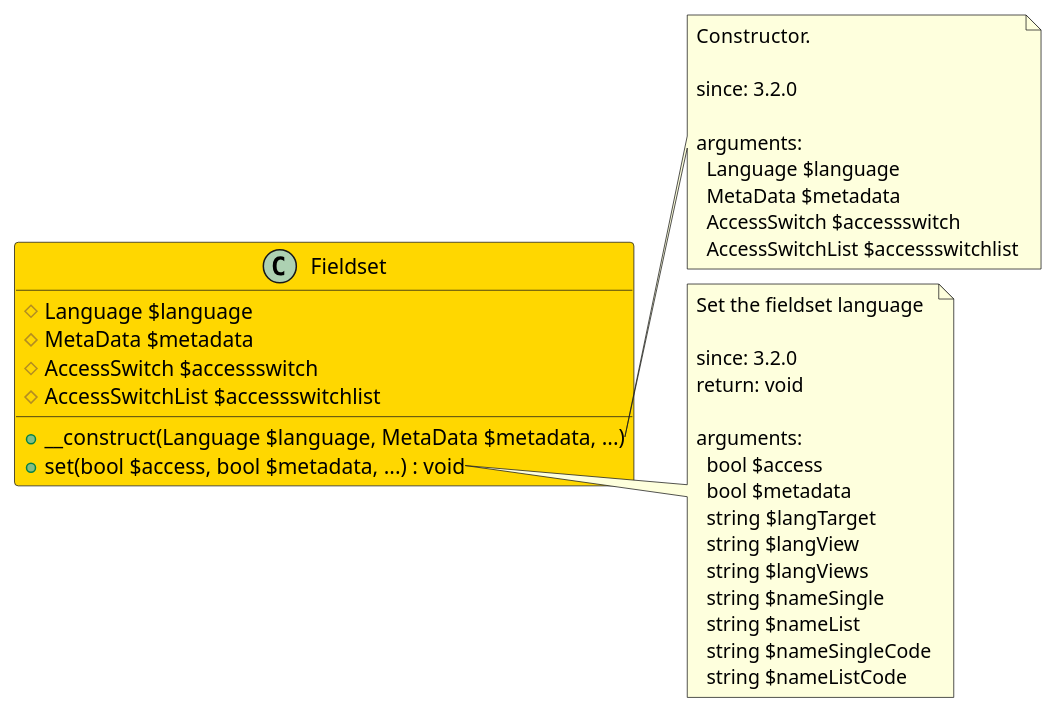
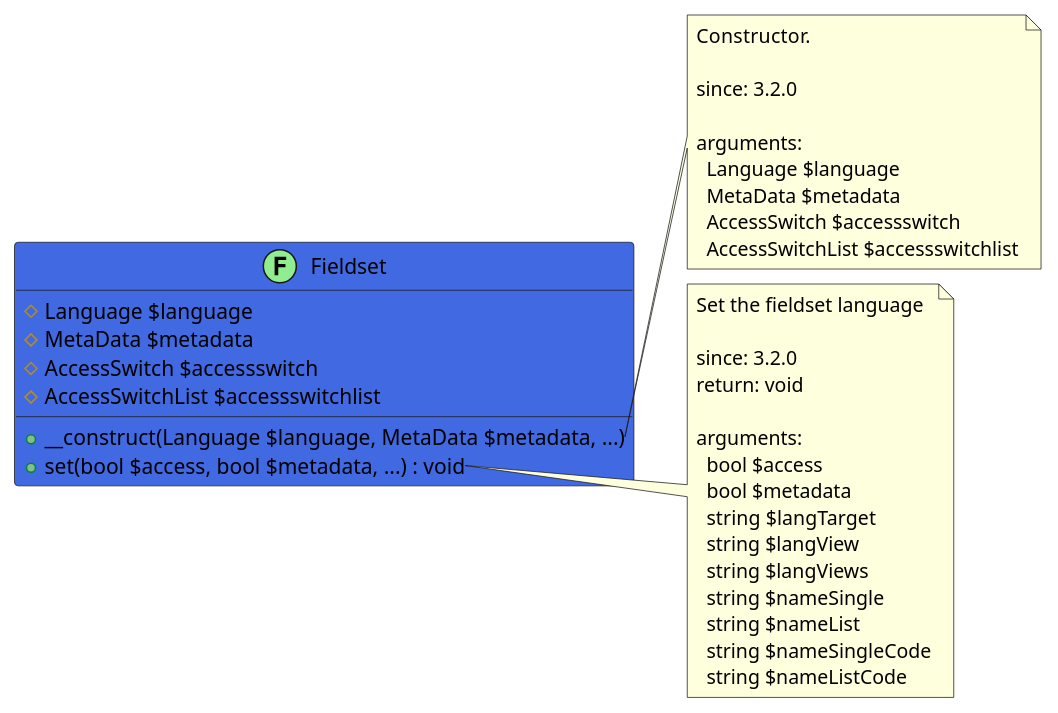
The diagram in src/4ad7020e-39ab-49ba-977b-de6084944502/README.md (joomengine/jcb-compiler), drawn with PlantUML before and after one commit. The commit also changed other lines of this file and 213 other files, not shown here.

````diff
--- a/src/4ad7020e-39ab-49ba-977b-de6084944502/README.md
+++ b/src/4ad7020e-39ab-49ba-977b-de6084944502/README.md
@@ -12,43 +12,43 @@
 ```uml
 @startuml
-class Fieldset  #Gold {
+class Fieldset << (F,LightGreen) >> #RoyalBlue {
   # Language $language
   # MetaData $metadata
   # AccessSwitch $accessswitch
   # AccessSwitchList $accessswitchlist
   + __construct(Language $language, MetaData $metadata, ...)
   + set(bool $access, bool $metadata, ...) : void
 }
 
 note right of Fieldset::__construct
   Constructor.
 
   since: 3.2.0
   
   arguments:
     Language $language
     MetaData $metadata
     AccessSwitch $accessswitch
     AccessSwitchList $accessswitchlist
 end note
 
 note right of Fieldset::set
   Set the fieldset language
 
   since: 3.2.0
   return: void
   
   arguments:
     bool $access
     bool $metadata
     string $langTarget
     string $langView
     string $langViews
     string $nameSingle
     string $nameList
     string $nameSingleCode
     string $nameListCode
 end note
  
 @enduml
 ```
````
